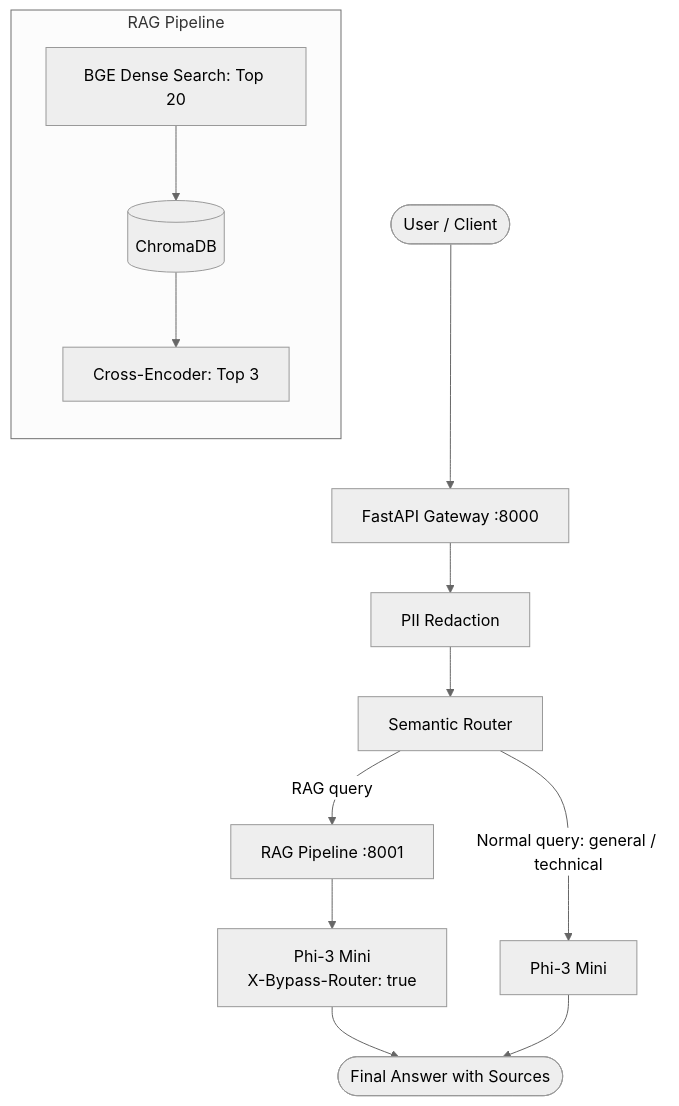
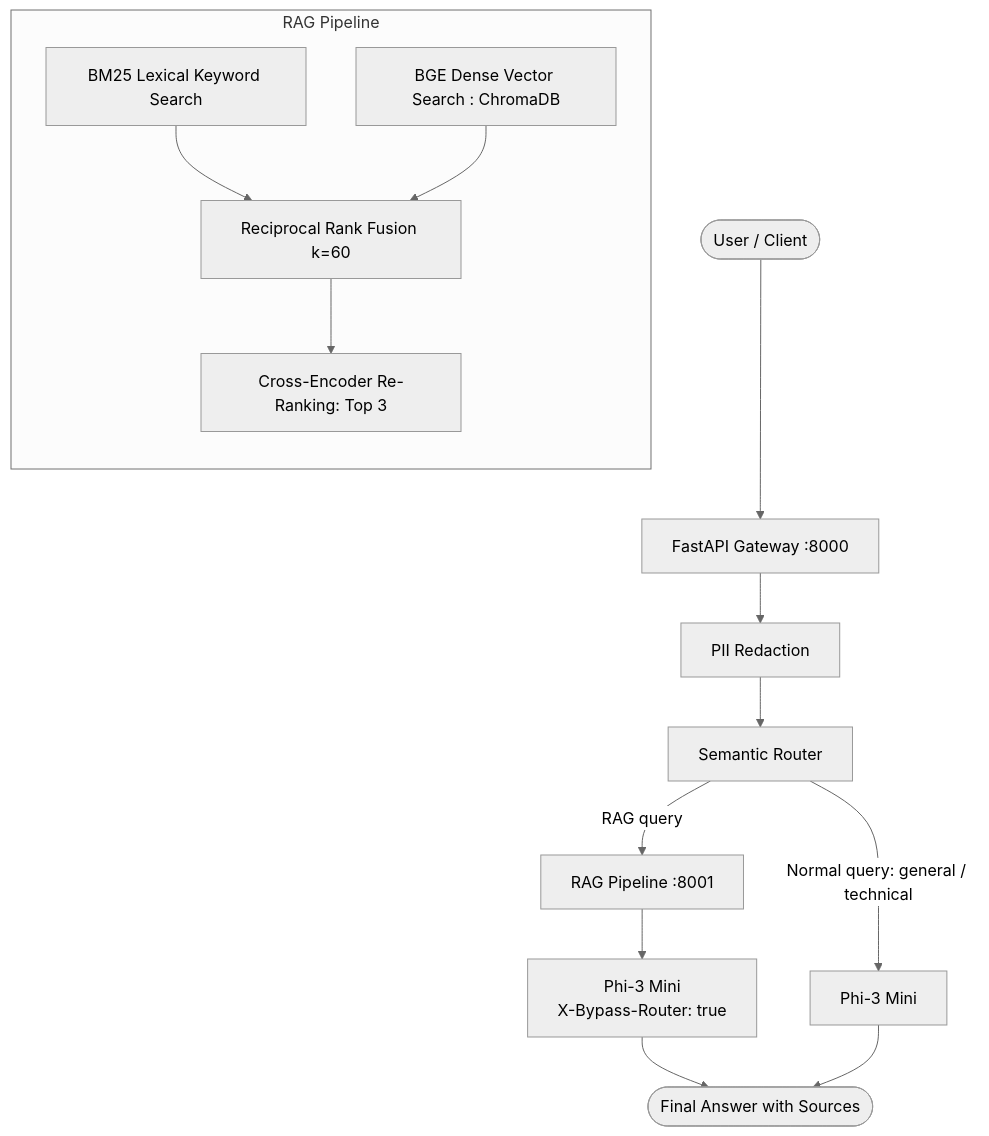
The diagram in docs/ARCHITECTURE.md (LakshyaK04/Ericsson-SLM-Gateway), drawn with Mermaid (neutral theme) before and after one commit. The commit also changed other lines of this file and 21 other files, not shown here.

````diff
--- a/docs/ARCHITECTURE.md
+++ b/docs/ARCHITECTURE.md
@@ -51,22 +51,24 @@
 ```mermaid
 graph TD
     Client([User / Client]) --> Gateway[FastAPI Gateway :8000]
     Gateway --> PII[PII Redaction]
     PII --> Router[Semantic Router]
     
     Router -->|Normal query: general / technical| LocalModel[Phi-3 Mini]
     Router -->|RAG query| RAG[RAG Pipeline :8001]
     
     subgraph RAG Pipeline
         direction TB
-        Search[BGE Dense Search: Top 20]
-        Store[(ChromaDB)]
-        Rerank[Cross-Encoder: Top 3]
-        Search --> Store
-        Store --> Rerank
+        BM25[BM25 Lexical Keyword Search]
+        Dense[BGE Dense Vector Search : ChromaDB]
+        RRF[Reciprocal Rank Fusion k=60]
+        Rerank[Cross-Encoder Re-Ranking: Top 3]
+        BM25 --> RRF
+        Dense --> RRF
+        RRF --> Rerank
     end
     
     RAG --> GroundedModel[Phi-3 Mini<br/>X-Bypass-Router: true]
     GroundedModel --> Answer([Final Answer with Sources])
     LocalModel --> Answer
 ```
````
